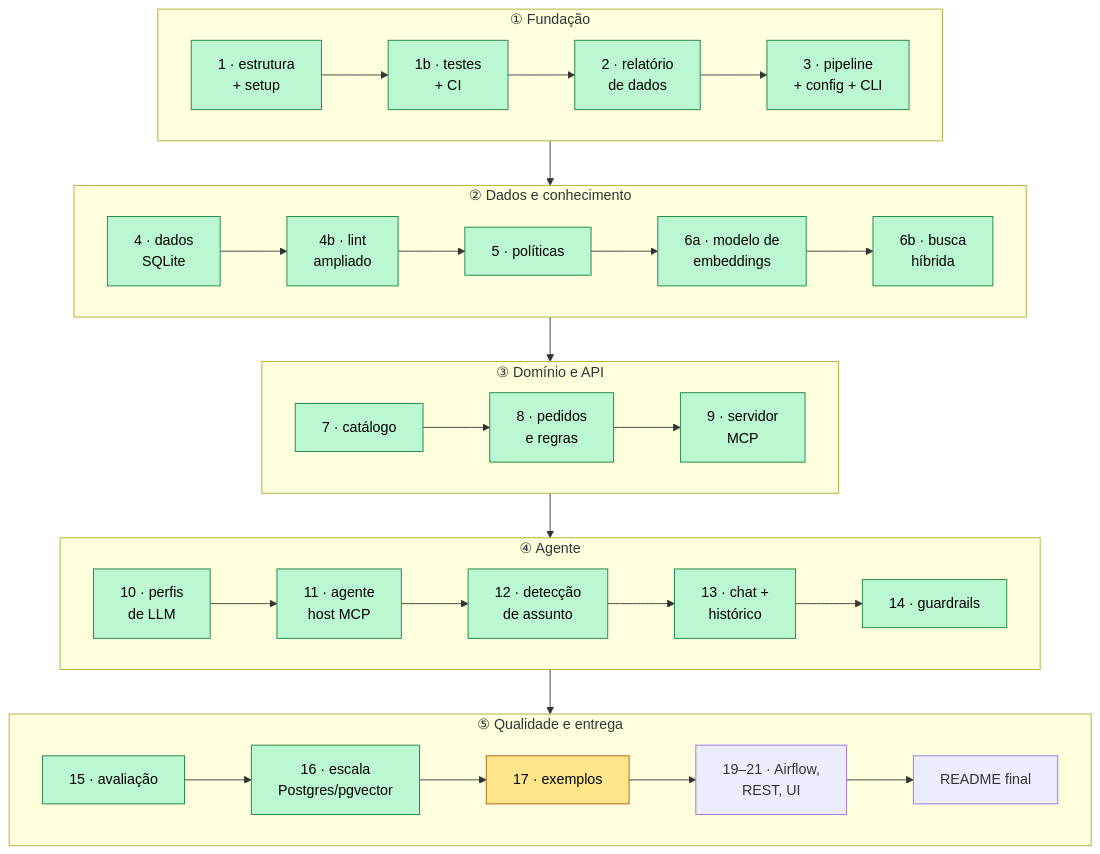
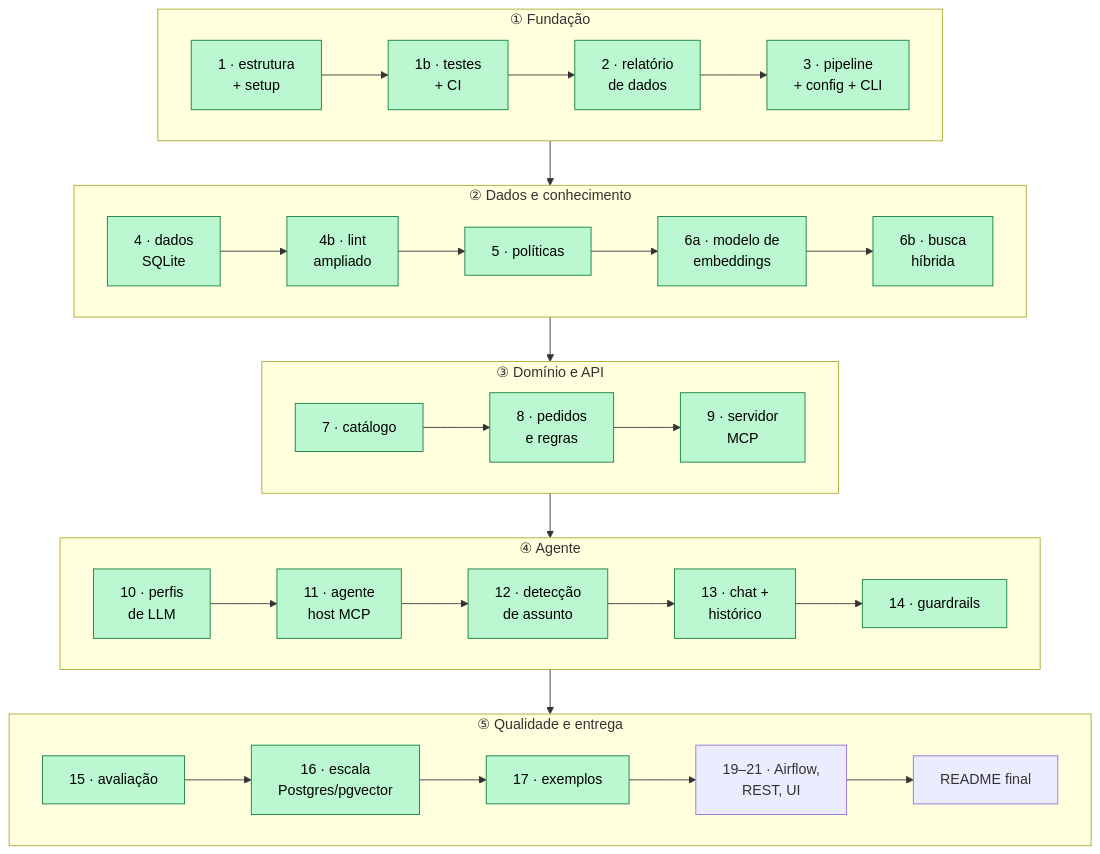
Before and after one commit to RonildoSilva/ai-engineer-challenge: diagram 21 of 21 in README.md, drawn with Mermaid. The commit also changed other lines of this file and 27 other files, not shown here.

````diff
--- a/README.md
+++ b/README.md
@@ -997,26 +1027,26 @@
 ```mermaid
 flowchart TD
     subgraph F1["① Fundação"]
         direction LR
         C1["1 · estrutura<br/>+ setup"]:::done --> C1b["1b · testes<br/>+ CI"]:::done --> C2["2 · relatório<br/>de dados"]:::done --> C3["3 · pipeline<br/>+ config + CLI"]:::done
     end
     subgraph F2["② Dados e conhecimento"]
         direction LR
         C4["4 · dados<br/>SQLite"]:::done --> C4b["4b · lint<br/>ampliado"]:::done --> C5["5 · políticas"]:::done --> C6a["6a · modelo de<br/>embeddings"]:::done --> C6b["6b · busca<br/>híbrida"]:::done
     end
     subgraph F3["③ Domínio e API"]
         direction LR
         C7["7 · catálogo"]:::done --> C8["8 · pedidos<br/>e regras"]:::done --> C9["9 · servidor<br/>MCP"]:::done
     end
     subgraph F4["④ Agente"]
         direction LR
         C10["10 · perfis<br/>de LLM"]:::done --> C11["11 · agente<br/>host MCP"]:::done --> C12["12 · detecção<br/>de assunto"]:::done --> C13["13 · chat +<br/>histórico"]:::done --> C14["14 · guardrails"]:::done
     end
     subgraph F5["⑤ Qualidade e entrega"]
         direction LR
-        C15["15 · avaliação"]:::done --> C16["16 · escala<br/>Postgres/pgvector"]:::done --> C17["17 · exemplos"]:::next --> CX["19–21 · Airflow,<br/>REST, UI"] --> C18["README final"]
+        C15["15 · avaliação"]:::done --> C16["16 · escala<br/>Postgres/pgvector"]:::done --> C17["17 · exemplos"]:::done --> CX["19–21 · Airflow,<br/>REST, UI"] --> C18["README final"]
     end
     F1 --> F2 --> F3 --> F4 --> F5
     classDef next fill:#fde68a,stroke:#b45309,color:#000
     classDef done fill:#bbf7d0,stroke:#15803d,color:#000
 ```
````
